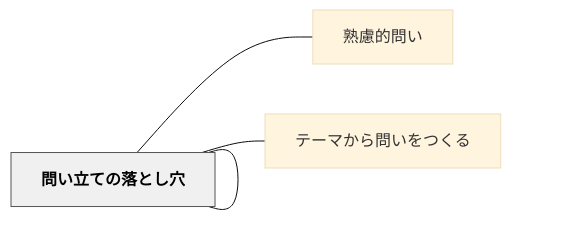
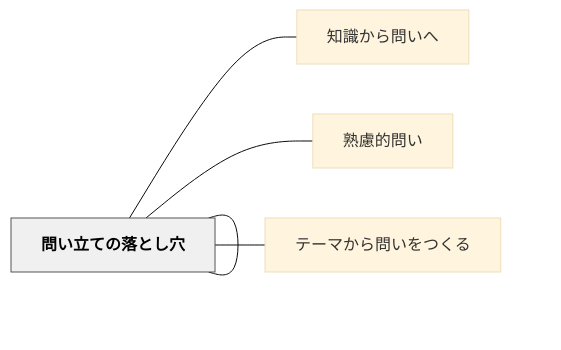
One commit to unknownthings-ed-patterns/unknownthings-ed-patterns changed the diagram in content/パタン/問いを評価する.md. Above: the diagram before and after it, drawn with Mermaid (base theme). The commit also changed other lines of this file and 473 other files, not shown here.

````diff
--- a/content/パタン/問いを評価する.md
+++ b/content/パタン/問いを評価する.md
@@ -50,16 +51,18 @@
 ```mermaid
 flowchart LR
     ne5958fe38184["問いを評価する"]
+    ne79fa5e8ad98["知識から問いへ"]
     ne7869fe685ae["熟慮的問い"]
     ne5958fe38184["問いを整理する"]
     ne38386e383bc["テーマから問いをつくる"]
     ne5958fe38184["問い立ての落とし穴"]
 
+    ne5958fe38184 --- ne79fa5e8ad98
     ne5958fe38184 --- ne7869fe685ae
     ne5958fe38184 --- ne5958fe38184
     ne5958fe38184 --- ne38386e383bc
     ne5958fe38184 --- ne5958fe38184
 
     classDef hub fill:#f0f0f0,stroke:#555,color:#000,font-weight:bold
     class ne5958fe38184 hub
 ```
````
